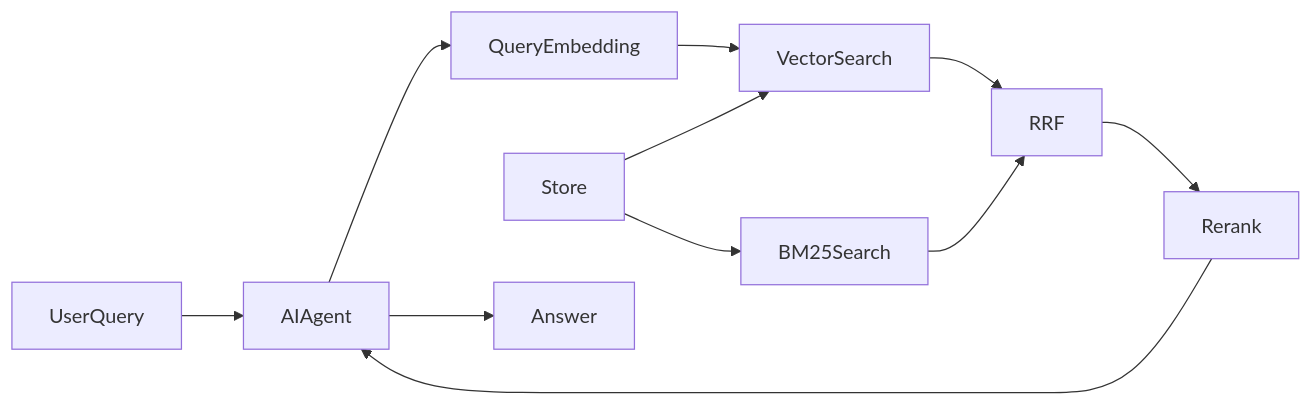
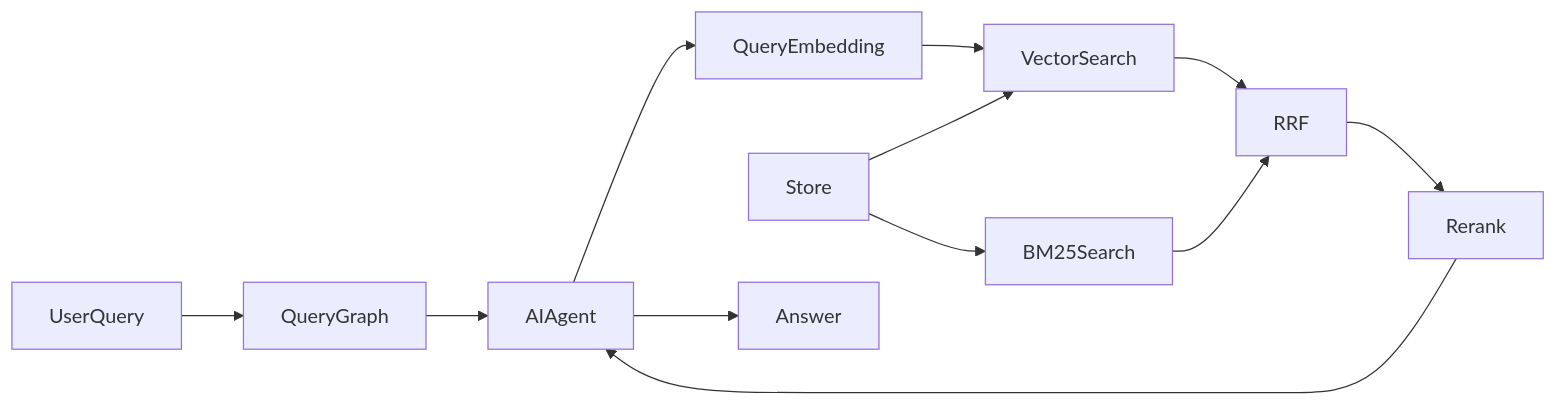
One commit to sanath95/Document-Knowledge-Base-with-Source-Grounding changed the second of 2 diagrams in README.md. Above: the diagram before and after it, drawn with Mermaid. The commit also changed other lines of this file and 8 other files, not shown here.

````diff
--- a/README.md
+++ b/README.md
@@ -32,13 +32,14 @@
 ```mermaid
 flowchart LR
-    UserQuery --> AIAgent
+    UserQuery --> QueryGraph
+    QueryGraph --> AIAgent
     AIAgent --> QueryEmbedding
     Store --> VectorSearch
     Store --> BM25Search
     QueryEmbedding --> VectorSearch
     VectorSearch --> RRF
     BM25Search --> RRF
     RRF --> Rerank
     Rerank --> AIAgent
     AIAgent --> Answer
 ```
````
